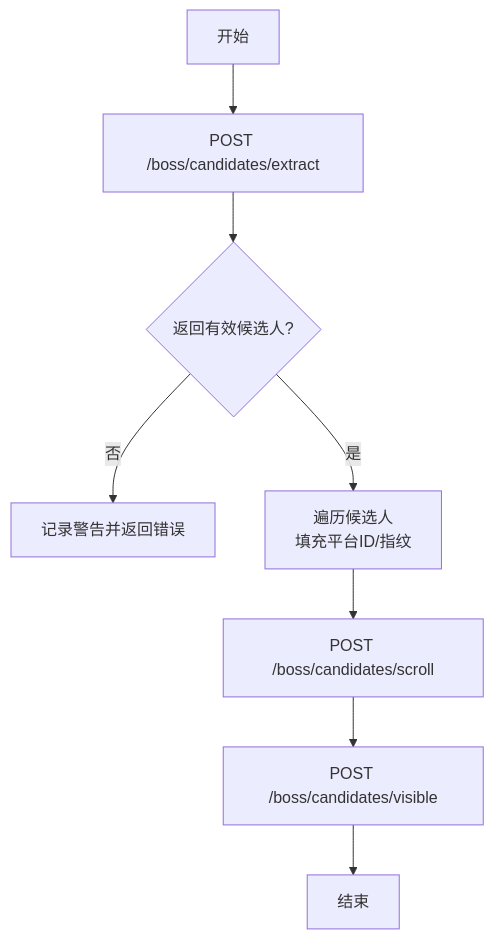
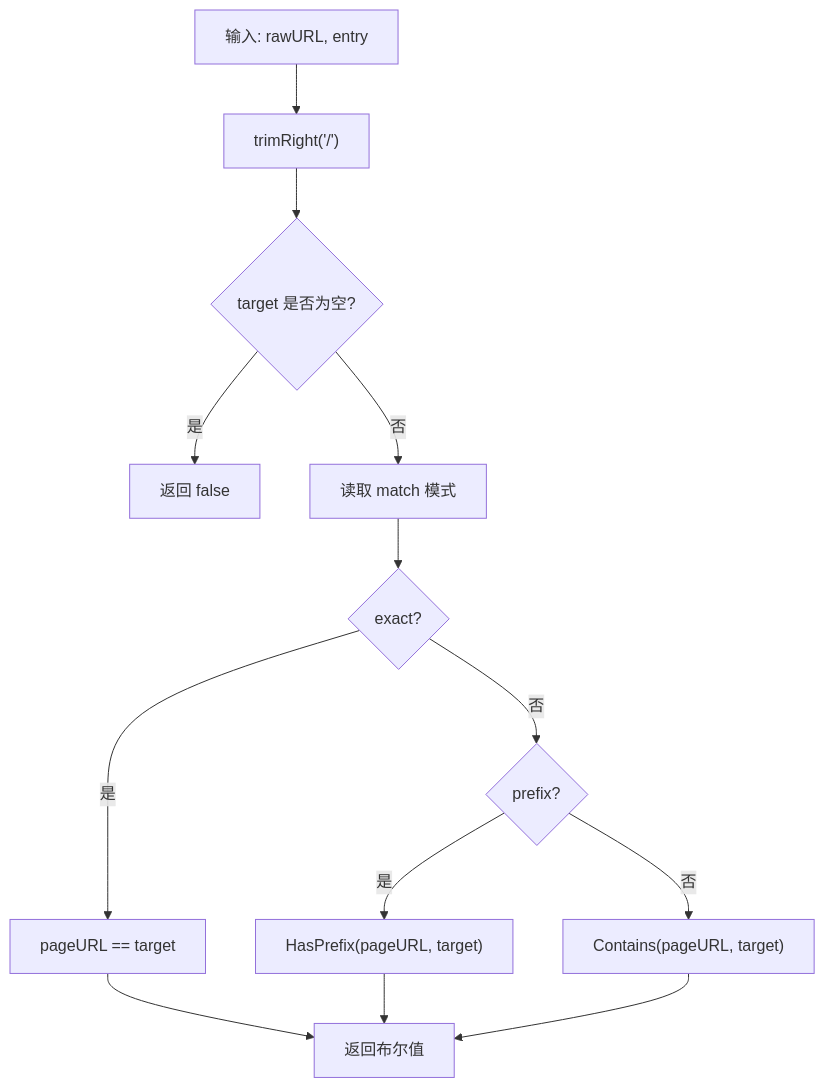
One commit to alvinwangzi/goodhr changed the fourth of 6 diagrams in .qoder/repowiki/zh/content/本地执行器/平台适配器/智联招聘适配器/页面导航.md. Above: the diagram before and after it, drawn with Mermaid. The commit also changed other lines of this file and 149 other files, not shown here.

````diff
--- a/.qoder/repowiki/zh/content/本地执行器/平台适配器/智联招聘适配器/页面导航.md
+++ b/.qoder/repowiki/zh/content/本地执行器/平台适配器/智联招聘适配器/页面导航.md
@@ -214,10 +179,15 @@
 ```mermaid
 flowchart TD
-A["开始"] --> B["POST /boss/candidates/extract"]
-B --> C{"返回有效候选人?"}
-C --> |否| D["记录警告并返回错误"]
-C --> |是| E["遍历候选人<br/>填充平台ID/指纹"]
-E --> F["POST /boss/candidates/scroll"]
-F --> G["POST /boss/candidates/visible"]
-G --> H["结束"]
+A["输入: rawURL, entry"] --> Trim["trimRight('/')"]
+Trim --> B{"target 是否为空?"}
+B --> |是| R1["返回 false"]
+B --> |否| Mode["读取 match 模式"]
+Mode --> Exact{"exact?"}
+Exact --> |是| Eq["pageURL == target"]
+Exact --> |否| Prefix{"prefix?"}
+Prefix --> |是| PH["HasPrefix(pageURL, target)"]
+Prefix --> |否| Cont["Contains(pageURL, target)"]
+Eq --> Ret["返回布尔值"]
+PH --> Ret
+Cont --> Ret
 ```
````
